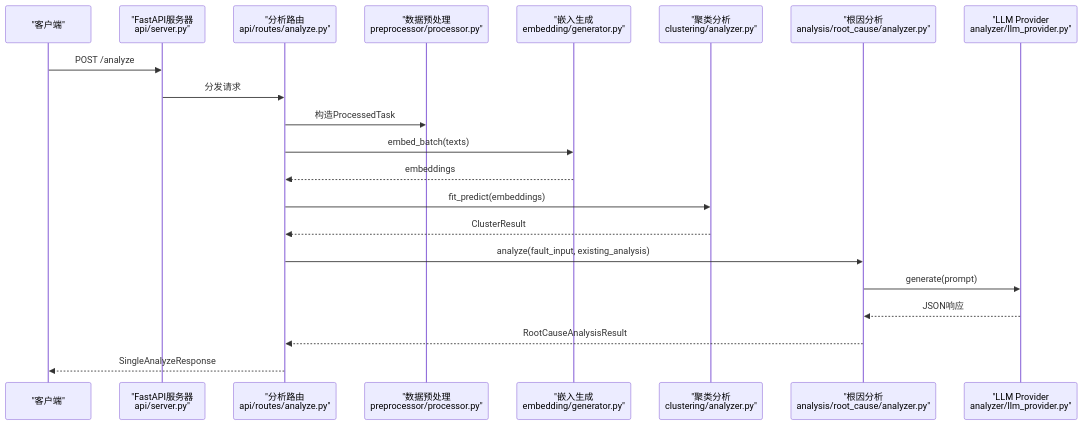
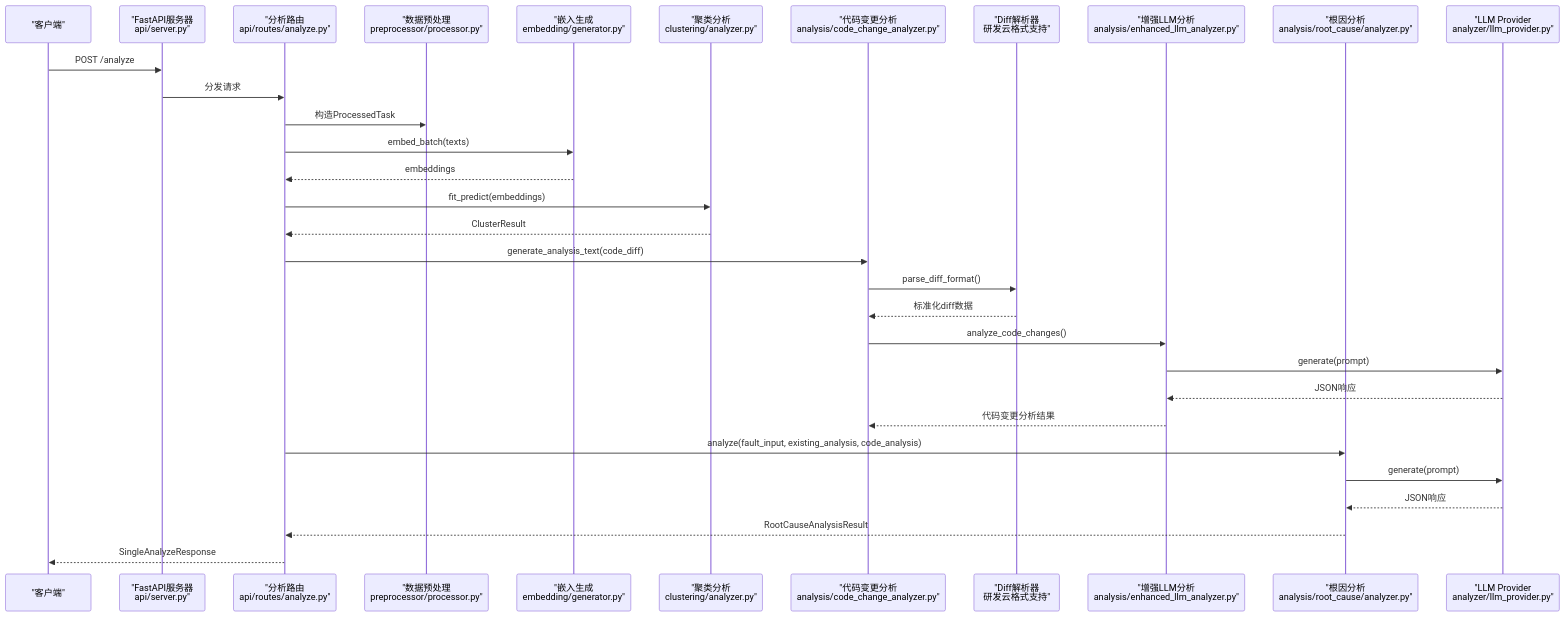
Before and after one commit to boyingliu01/fault-review-analyzer: the second of 8 diagrams in .qoder/repowiki/zh/content/数据分析引擎/数据分析引擎.md, drawn with Mermaid. The commit also changed other lines of this file and 125 other files, not shown here.

````diff
--- a/.qoder/repowiki/zh/content/数据分析引擎/数据分析引擎.md
+++ b/.qoder/repowiki/zh/content/数据分析引擎/数据分析引擎.md
@@ -117,23 +146,33 @@
 ```mermaid
 sequenceDiagram
 participant Client as "客户端"
 participant API as "FastAPI服务器<br/>api/server.py"
 participant Route as "分析路由<br/>api/routes/analyze.py"
 participant Pre as "数据预处理<br/>preprocessor/processor.py"
 participant Emb as "嵌入生成<br/>embedding/generator.py"
 participant Clu as "聚类分析<br/>clustering/analyzer.py"
+participant CCA as "代码变更分析<br/>analysis/code_change_analyzer.py"
+participant Diff as "Diff解析器<br/>研发云格式支持"
+participant ELLM as "增强LLM分析<br/>analysis/enhanced_llm_analyzer.py"
 participant RCA as "根因分析<br/>analysis/root_cause/analyzer.py"
 participant LLM as "LLM Provider<br/>analyzer/llm_provider.py"
 Client->>API : POST /analyze
 API->>Route : 分发请求
 Route->>Pre : 构造ProcessedTask
 Route->>Emb : embed_batch(texts)
 Emb-->>Route : embeddings
 Route->>Clu : fit_predict(embeddings)
 Clu-->>Route : ClusterResult
-Route->>RCA : analyze(fault_input, existing_analysis)
+Route->>CCA : generate_analysis_text(code_diff)
+CCA->>Diff : parse_diff_format()
+Diff-->>CCA : 标准化diff数据
+CCA->>ELLM : analyze_code_changes()
+ELLM->>LLM : generate(prompt)
+LLM-->>ELLM : JSON响应
+ELLM-->>CCA : 代码变更分析结果
+Route->>RCA : analyze(fault_input, existing_analysis, code_analysis)
 RCA->>LLM : generate(prompt)
 LLM-->>RCA : JSON响应
 RCA-->>Route : RootCauseAnalysisResult
 Route-->>Client : SingleAnalyzeResponse
 ```
````
